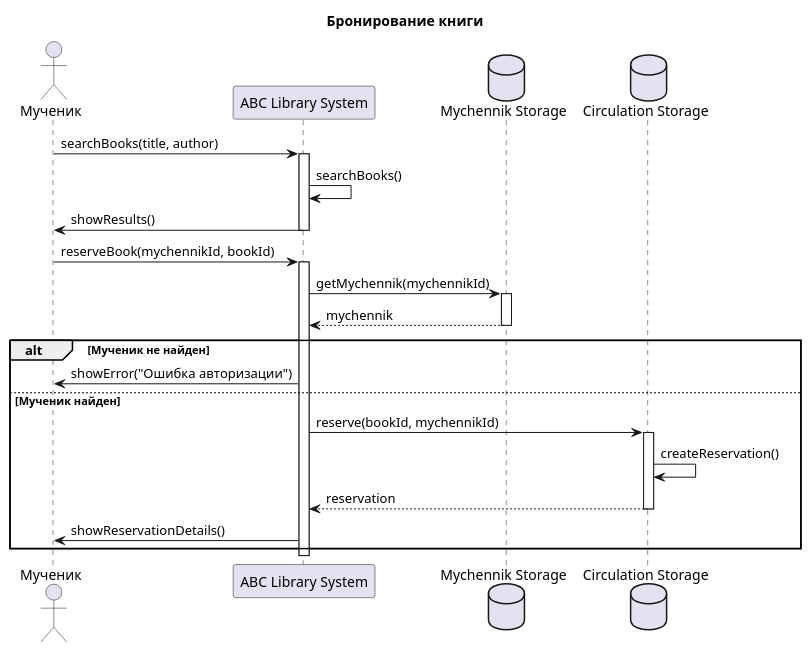
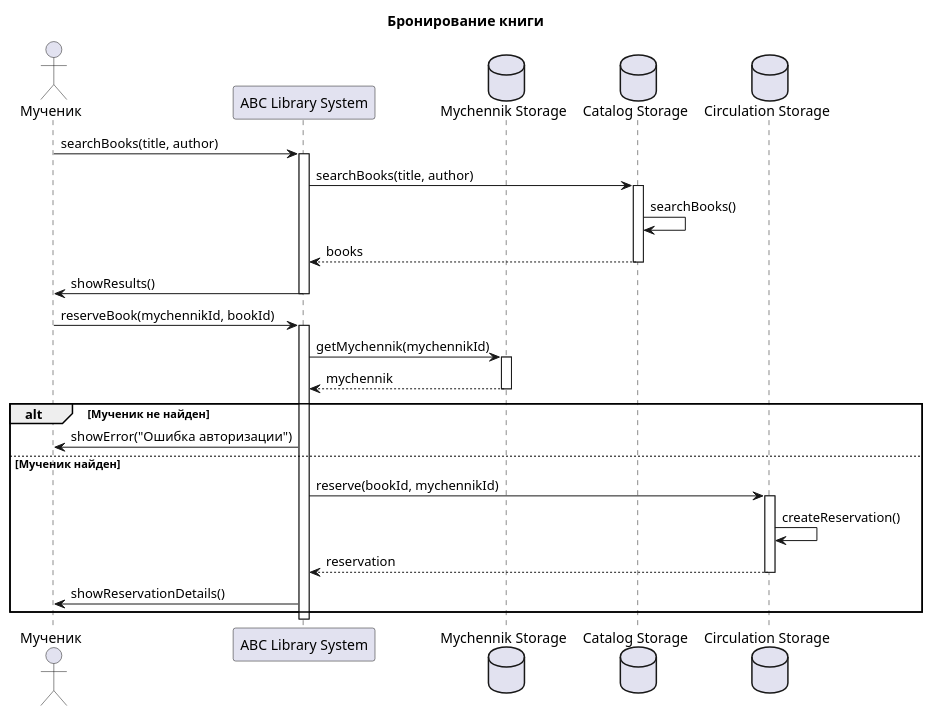
Before and after one commit to penamarth/bsbo-11-24_team6_var2_bibl: the diagram in Преценденты/бронь/loan.md, drawn with PlantUML.

````diff
--- a/Преценденты/бронь/loan.md
+++ b/Преценденты/бронь/loan.md
@@ -3,36 +3,42 @@
 ```plantuml
 @startuml
 title Бронирование книги
 
 actor "Мученик" as MychennikUser
 participant "ABC Library System" as Facade
 database "Mychennik Storage" as MychennikStore
+database "Catalog Storage" as CatalogStore
 database "Circulation Storage" as CircStore
 
 MychennikUser -> Facade : searchBooks(title, author)
 activate Facade
-Facade -> Facade : searchBooks()
+Facade -> CatalogStore : searchBooks(title, author)
+activate CatalogStore
+CatalogStore -> CatalogStore : searchBooks()
+CatalogStore --> Facade : books
+deactivate CatalogStore
 Facade -> MychennikUser : showResults()
 deactivate Facade
 
 MychennikUser -> Facade : reserveBook(mychennikId, bookId)
 activate Facade
 Facade -> MychennikStore : getMychennik(mychennikId)
 activate MychennikStore
 MychennikStore --> Facade : mychennik
 deactivate MychennikStore
 
 alt Мученик не найден
     Facade -> MychennikUser : showError("Ошибка авторизации")
 else Мученик найден
     Facade -> CircStore : reserve(bookId, mychennikId)
     activate CircStore
     CircStore -> CircStore : createReservation()
     CircStore --> Facade : reservation
     deactivate CircStore
     
     Facade -> MychennikUser : showReservationDetails()
 end
 deactivate Facade
+
 @enduml
 ```
````
